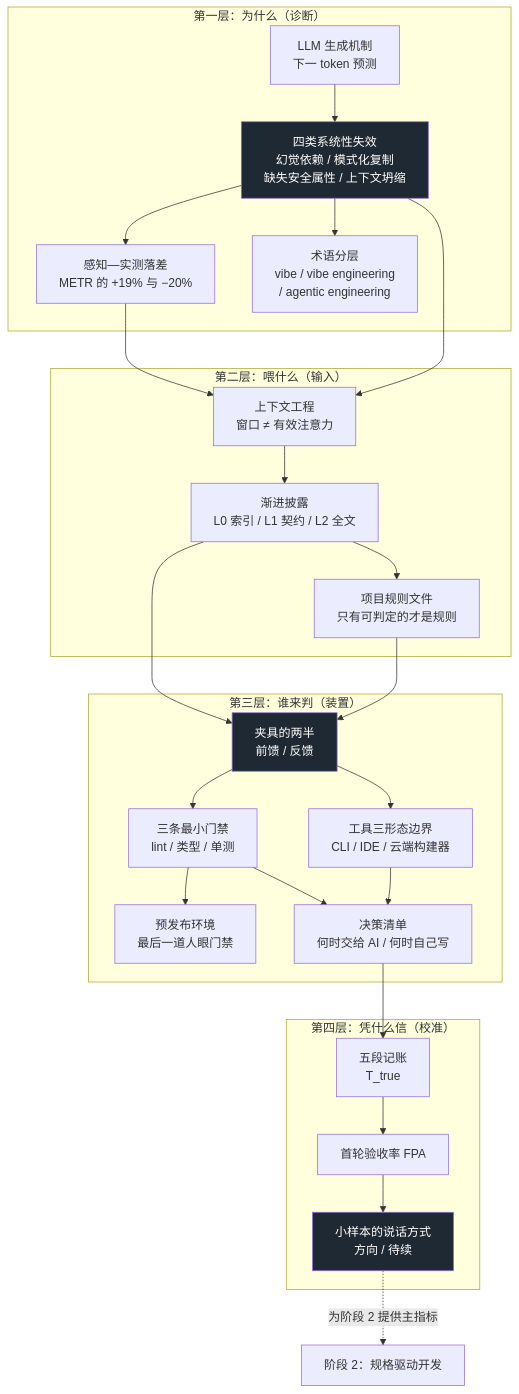
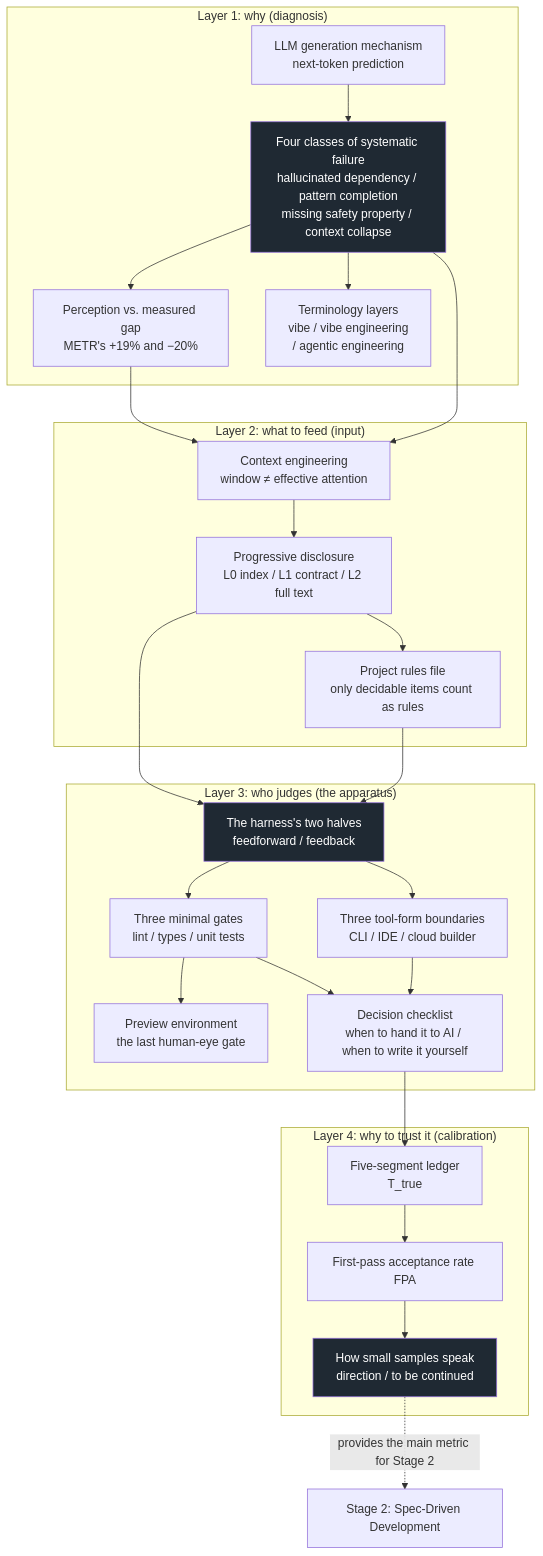
The diagram in phase1/README.md (xzlxiao/vibe-coding-textbook), drawn with Mermaid before and after one commit. The commit also changed other lines of this file and 4 other files, not shown here.

````diff
--- a/phase1/README.md
+++ b/phase1/README.md
@@ -37,47 +37,47 @@
 ```mermaid
 flowchart TD
-    subgraph L1["第一层：为什么（诊断）"]
-        A1["LLM 生成机制<br>下一 token 预测"]
-        A2["四类系统性失效<br>幻觉依赖 / 模式化复制<br>缺失安全属性 / 上下文坍缩"]
-        A3["感知—实测落差<br>METR 的 +19% 与 −20%"]
-        A4["术语分层<br>vibe / vibe engineering<br>/ agentic engineering"]
+    subgraph L1["Layer 1: why (diagnosis)"]
+        A1["LLM generation mechanism<br>next-token prediction"]
+        A2["Four classes of systematic failure<br>hallucinated dependency / pattern completion<br>missing safety property / context collapse"]
+        A3["Perception vs. measured gap<br>METR's +19% and −20%"]
+        A4["Terminology layers<br>vibe / vibe engineering<br>/ agentic engineering"]
     end
 
-    subgraph L2["第二层：喂什么（输入）"]
-        B1["上下文工程<br>窗口 ≠ 有效注意力"]
-        B2["渐进披露<br>L0 索引 / L1 契约 / L2 全文"]
-        B3["项目规则文件<br>只有可判定的才是规则"]
+    subgraph L2["Layer 2: what to feed (input)"]
+        B1["Context engineering<br>window ≠ effective attention"]
+        B2["Progressive disclosure<br>L0 index / L1 contract / L2 full text"]
+        B3["Project rules file<br>only decidable items count as rules"]
     end
 
-    subgraph L3["第三层：谁来判（装置）"]
-        C1["夹具的两半<br>前馈 / 反馈"]
-        C2["三条最小门禁<br>lint / 类型 / 单测"]
-        C3["预发布环境<br>最后一道人眼门禁"]
-        C4["工具三形态边界<br>CLI / IDE / 云端构建器"]
-        C5["决策清单<br>何时交给 AI / 何时自己写"]
+    subgraph L3["Layer 3: who judges (the apparatus)"]
+        C1["The harness's two halves<br>feedforward / feedback"]
+        C2["Three minimal gates<br>lint / types / unit tests"]
+        C3["Preview environment<br>the last human-eye gate"]
+        C4["Three tool-form boundaries<br>CLI / IDE / cloud builder"]
+        C5["Decision checklist<br>when to hand it to AI / when to write it yourself"]
     end
 
-    subgraph L4["第四层：凭什么信（校准）"]
-        D1["五段记账<br>T_true"]
-        D2["首轮验收率 FPA"]
-        D3["小样本的说话方式<br>方向 / 待续"]
+    subgraph L4["Layer 4: why to trust it (calibration)"]
+        D1["Five-segment ledger<br>T_true"]
+        D2["First-pass acceptance rate FPA"]
+        D3["How small samples speak<br>direction / to be continued"]
     end
 
     A1 --> A2 --> A3
     A2 --> A4
     A3 --> B1
     A2 --> B1
     B1 --> B2 --> B3
     B2 --> C1
     B3 --> C1
     C1 --> C2 --> C3
     C1 --> C4
     C2 --> C5
     C4 --> C5
     C5 --> D1 --> D2 --> D3
-    D3 -.->|"为阶段 2 提供主指标"| E["阶段 2：规格驱动开发"]
+    D3 -.->|"provides the main metric for Stage 2"| E["Stage 2: Spec-Driven Development"]
 
     style A2 fill:#1F2933,color:#FFFFFF
     style C1 fill:#1F2933,color:#FFFFFF
     style D3 fill:#1F2933,color:#FFFFFF
 ```
````
